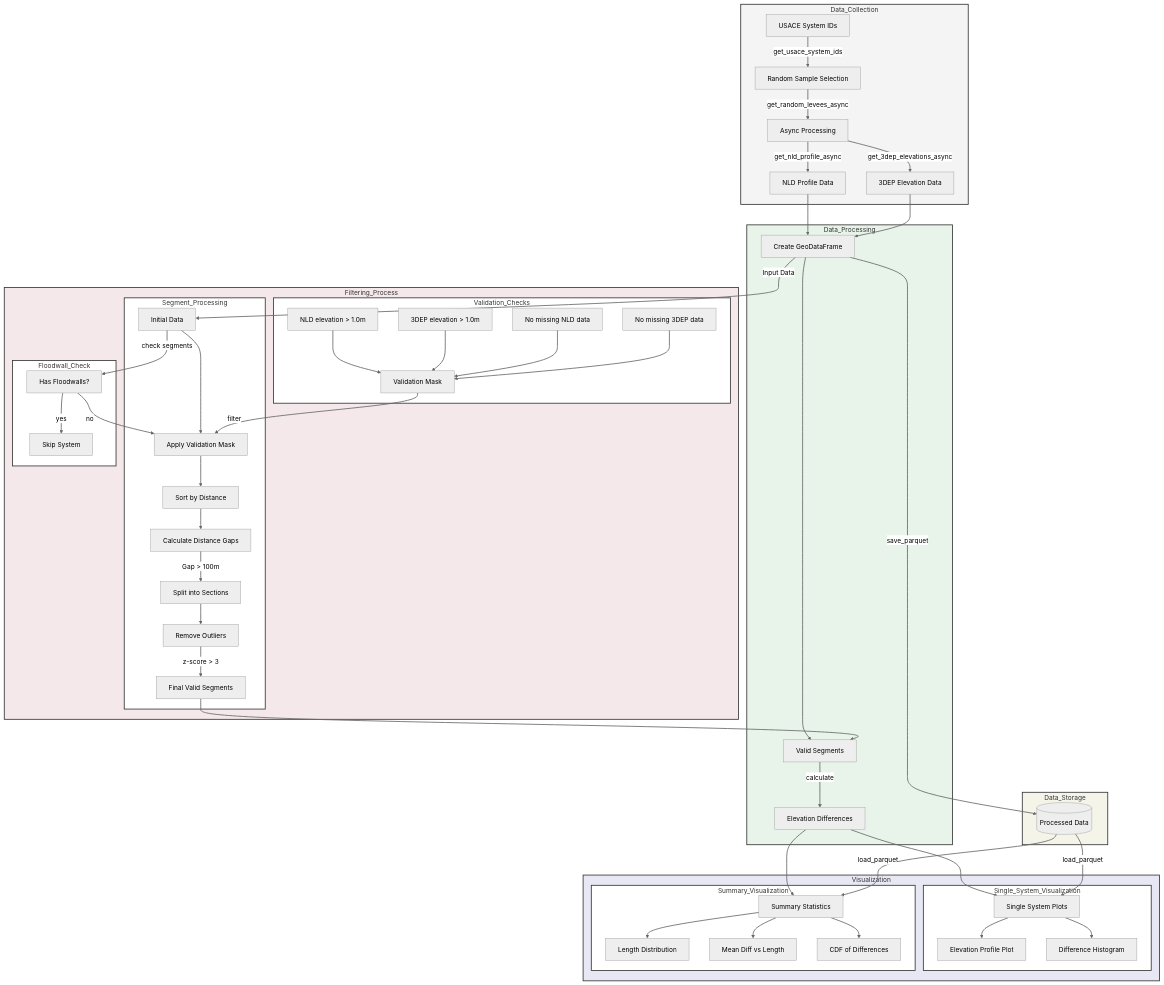
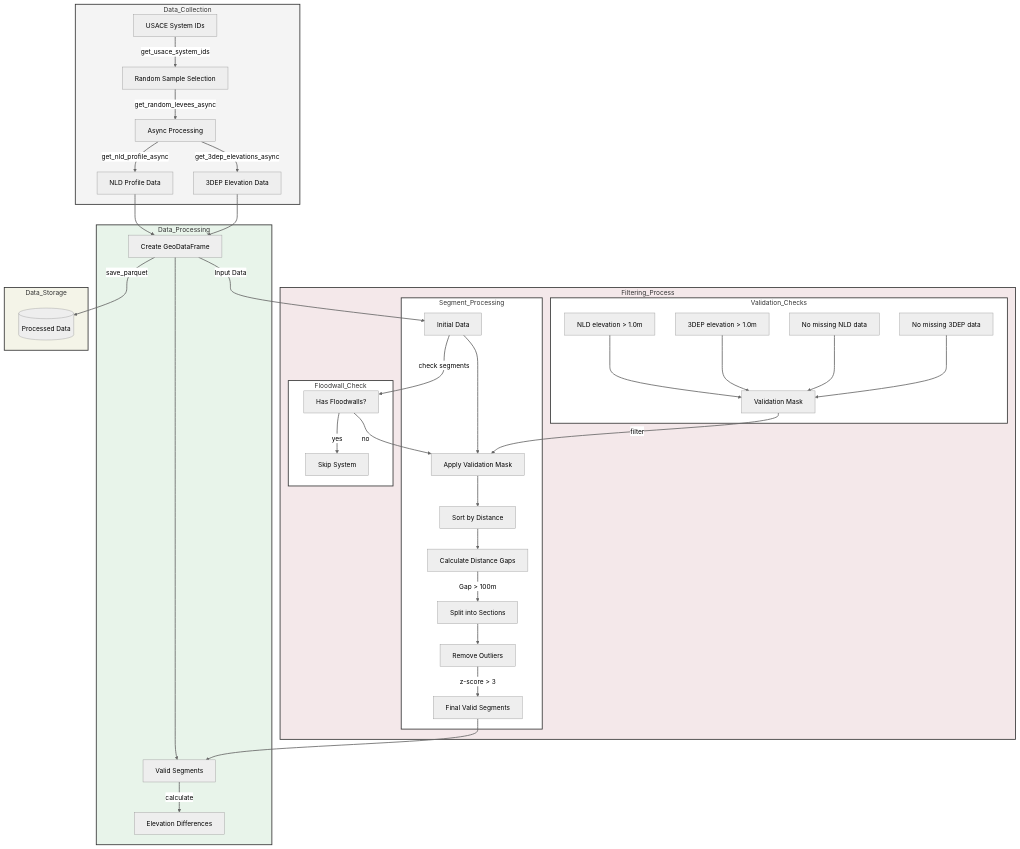
The diagram in README.md (jameshgrn/army_levees), drawn with Mermaid (neutral theme) before and after one commit.

Commit message:
docs: update system architecture diagram

````diff
--- a/README.md
+++ b/README.md
@@ -14,81 +14,60 @@
 ```mermaid
 graph TD
     subgraph Data_Collection
         A[USACE System IDs] -->|get_usace_system_ids| B[Random Sample Selection]
         B -->|get_random_levees_async| C[Async Processing]
         C -->|get_nld_profile_async| D[NLD Profile Data]
         C -->|get_3dep_elevations_async| E[3DEP Elevation Data]
     end
 
     subgraph Data_Processing
         D --> F[Create GeoDataFrame]
         E --> F
         F --> G[Valid Segments]
         G -->|calculate| H[Elevation Differences]
     end
 
     subgraph Filtering_Process
         F -->|Input Data| V0[Initial Data]
 
         subgraph Validation_Checks
             V1[NLD elevation > 1.0m] --> VM[Validation Mask]
             V2[3DEP elevation > 1.0m] --> VM
             V3[No missing NLD data] --> VM
             V4[No missing 3DEP data] --> VM
         end
 
         subgraph Segment_Processing
             V0 --> S1[Apply Validation Mask]
             VM -->|filter| S1
             S1 --> S2[Sort by Distance]
             S2 --> S3[Calculate Distance Gaps]
             S3 -->|Gap > 100m| S4[Split into Sections]
             S4 --> S5[Remove Outliers]
             S5 -->|z-score > 3| S6[Final Valid Segments]
         end
 
         subgraph Floodwall_Check
             V0 -->|check segments| FW[Has Floodwalls?]
             FW -->|yes| Skip[Skip System]
             FW -->|no| S1
         end
 
         S6 --> G
     end
 
-    subgraph Visualization
-        H --> I[Single System Plots]
-        H --> J[Summary Statistics]
-
-        subgraph Single_System_Visualization
-            I --> K[Elevation Profile Plot]
-            I --> L[Difference Histogram]
-        end
-
-        subgraph Summary_Visualization
-            J --> M[Length Distribution]
-            J --> N[Mean Diff vs Length]
-            J --> O[CDF of Differences]
-        end
-    end
-
     subgraph Data_Storage
         F -->|save_parquet| P[(Processed Data)]
-        P -->|load_parquet| I
-        P -->|load_parquet| J
     end
 
     linkStyle default stroke-width:2px
 
     style Data_Collection fill:#f4f4f4,stroke:#333,stroke-width:2px
     style Data_Processing fill:#e8f4ea,stroke:#333,stroke-width:2px
     style Filtering_Process fill:#f4e8ea,stroke:#333,stroke-width:2px
-    style Visualization fill:#e8e8f4,stroke:#333,stroke-width:2px
     style Data_Storage fill:#f4f4e8,stroke:#333,stroke-width:2px
 
     style Validation_Checks fill:#fff,stroke:#333,stroke-width:2px
     style Segment_Processing fill:#fff,stroke:#333,stroke-width:2px
     style Floodwall_Check fill:#fff,stroke:#333,stroke-width:2px
-    style Single_System_Visualization fill:#fff,stroke:#333,stroke-width:2px
-    style Summary_Visualization fill:#fff,stroke:#333,stroke-width:2px
 ```
````
